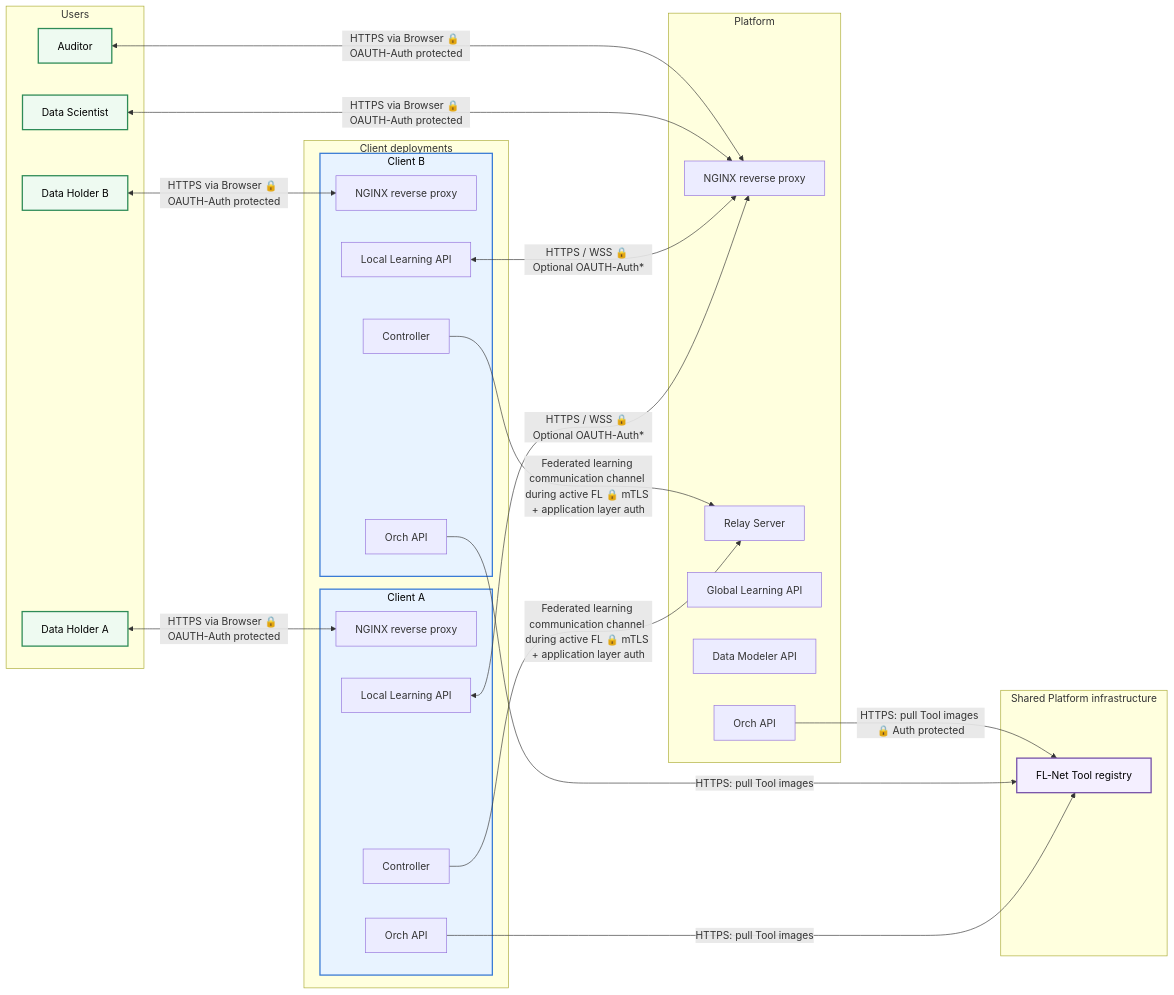
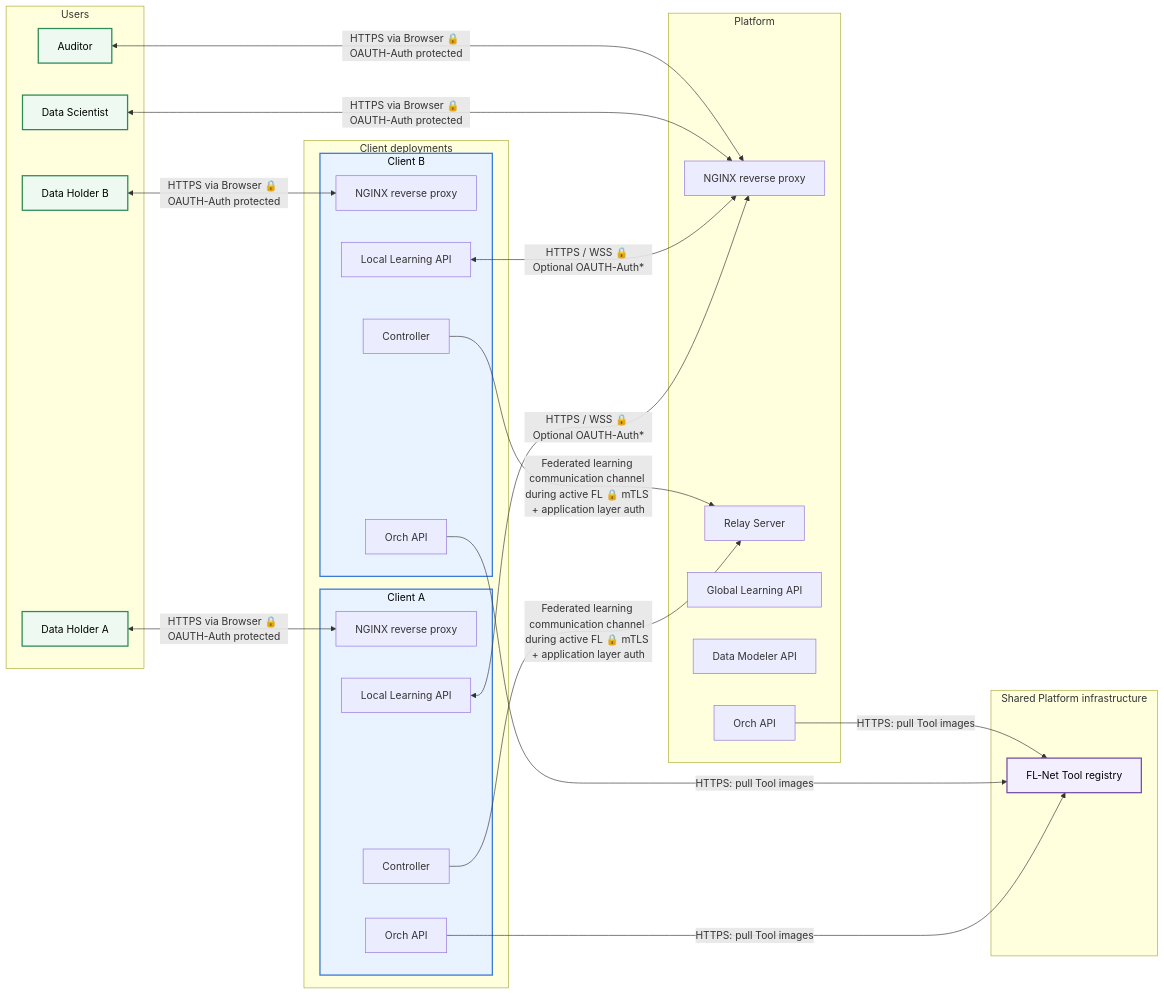
One commit to FedLearnNet/Documentation changed the diagram in docs/intro/architecture/network-architecture.md. Above: the diagram before and after it, drawn with Mermaid. The commit also changed other lines of this file and 3 other files, not shown here.

````diff
--- a/docs/intro/architecture/network-architecture.md
+++ b/docs/intro/architecture/network-architecture.md
@@ -59,59 +59,59 @@
 ```mermaid
 flowchart LR
     subgraph Users["Users"]
         DataHolderA[Data Holder A]
         DataHolderB[Data Holder B]
         DataScientist[Data Scientist]
         Auditor[Auditor]
     end
 
     subgraph Clients["Client deployments"]
         subgraph ClientA["Client A"]
             LINK_A[NGINX reverse proxy]
             LLA_A[Local Learning API]
             CTRL_A[Controller]
             ORCH_A[Orch API]
         end
         ClientA[Client A]
         subgraph ClientB["Client B"]
             LINK_B[NGINX reverse proxy]
             LLA_B[Local Learning API]
             CTRL_B[Controller]
             ORCH_B[Orch API]
         end
     end
 
     subgraph Platform["Platform"]
          LINK_PLATFORM[NGINX reverse proxy]
          RELAY[Relay Server]
          GLA[Global Learning API]
          DMA[Data Modeler API]
          ORCH_PLATFORM[Orch API]
     end
 
    subgraph PlatformInfrastructure["Shared Platform infrastructure"]
       Registry[FL-Net Tool registry]
    end
 
     DataHolderA <-->|HTTPS via Browser 🔒 OAUTH-Auth protected | LINK_A
     DataHolderB <-->|HTTPS via Browser 🔒 OAUTH-Auth protected | LINK_B
     LLA_A <-->|HTTPS / WSS 🔒 Optional OAUTH-Auth* | LINK_PLATFORM
     LLA_B <-->|HTTPS / WSS 🔒 Optional OAUTH-Auth* | LINK_PLATFORM
     ORCH_A -->|HTTPS: pull Tool images| Registry
     ORCH_B -->|HTTPS: pull Tool images| Registry
     DataScientist <-->|HTTPS via Browser 🔒 OAUTH-Auth protected | LINK_PLATFORM
     Auditor <-->|HTTPS via Browser 🔒 OAUTH-Auth protected | LINK_PLATFORM
-    ORCH_PLATFORM -->|HTTPS: pull Tool images 🔒 Auth protected | Registry
+    ORCH_PLATFORM -->|HTTPS: pull Tool images| Registry
     CTRL_A -->|Federated learning communication channel during active FL 🔒 mTLS + application layer auth | RELAY
     CTRL_B -->|Federated learning communication channel during active FL 🔒 mTLS + application layer auth | RELAY
 
     classDef user fill:#eefaf1,stroke:#2e8b57,stroke-width:2px,color:#000
     classDef client fill:#e8f3ff,stroke:#3a7bd5,stroke-width:2px,color:#000
     classDef platform fill:#fff4e5,stroke:#d98b2b,stroke-width:2px,color:#000
     classDef infrastructure fill:#f4efff,stroke:#7651a8,stroke-width:2px,color:#000
 
     class DataHolderA,DataHolderB,DataScientist,Auditor user
     class ClientA,ClientB client
     class PlatformNode platform
    class Registry infrastructure
 ```
````
